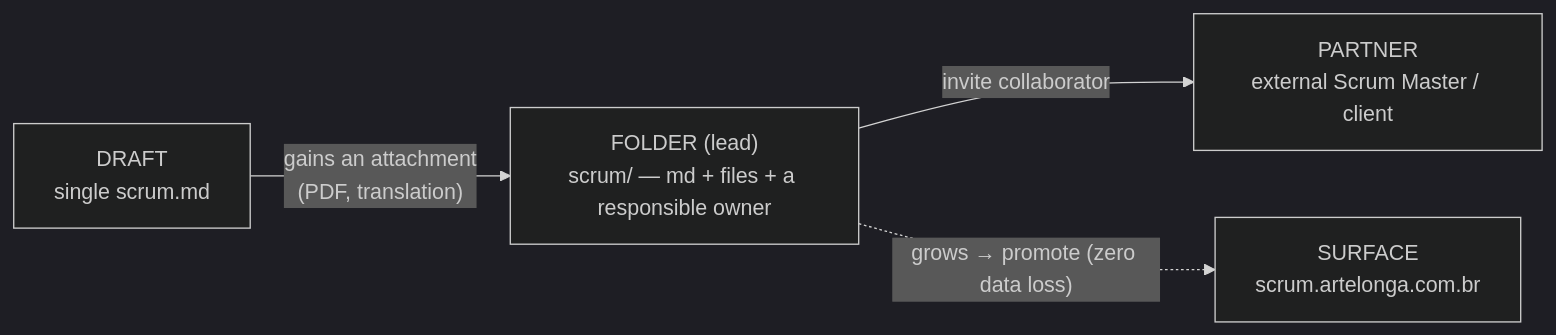
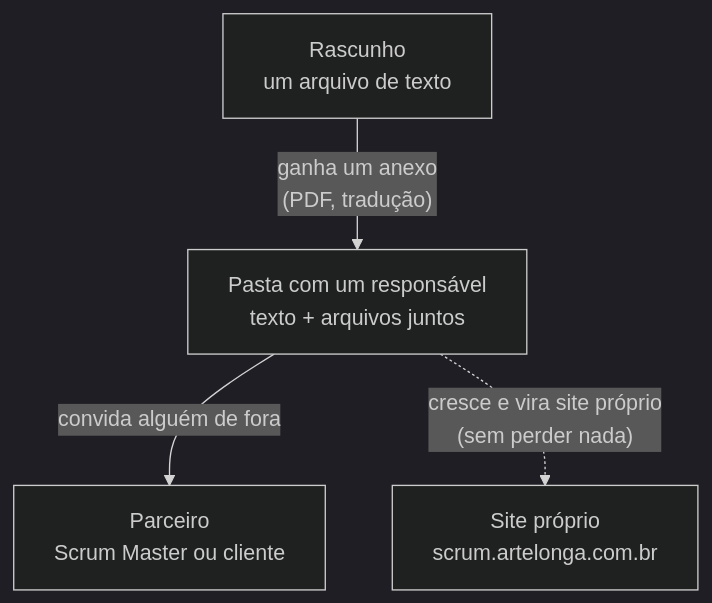
One commit to artelonga/ArteLonga changed the first of 4 diagrams in docs/scrum-universe.pt.md. Above: the diagram before and after it, drawn with Mermaid (dark theme). The commit also changed other lines of this file and 43 other files, not shown here.

First line of the commit message:
feat(docs): diagramas simples e legíveis (sem jargão) em todas as docs (#89)

````diff
--- a/docs/scrum-universe.pt.md
+++ b/docs/scrum-universe.pt.md
@@ -27,6 +27,6 @@
 ```mermaid
-flowchart LR
-  D["DRAFT<br/>single scrum.md"] -->|"gains an attachment<br/>(PDF, translation)"| F["FOLDER (lead)<br/>scrum/ — md + files + a responsible owner"]
-  F -->|"invite collaborator"| P["PARTNER<br/>external Scrum Master / client"]
-  F -.->|"grows → promote (zero data loss)"| S["SURFACE<br/>scrum.artelonga.com.br"]
+flowchart TB
+  D["Rascunho<br/>um arquivo de texto"] -->|"ganha um anexo<br/>(PDF, tradução)"| F["Pasta com um responsável<br/>texto + arquivos juntos"]
+  F -->|"convida alguém de fora"| P["Parceiro<br/>Scrum Master ou cliente"]
+  F -.->|"cresce e vira site próprio<br/>(sem perder nada)"| S["Site próprio<br/>scrum.artelonga.com.br"]
 ```
````
